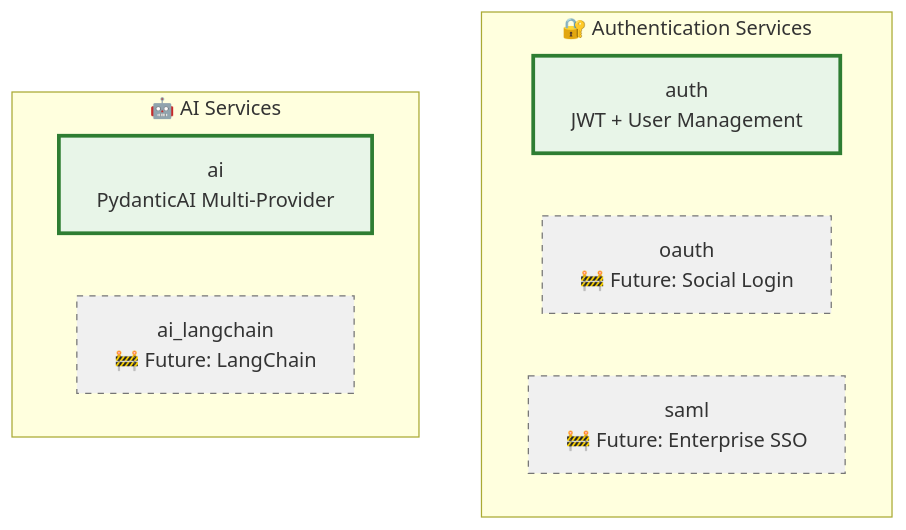
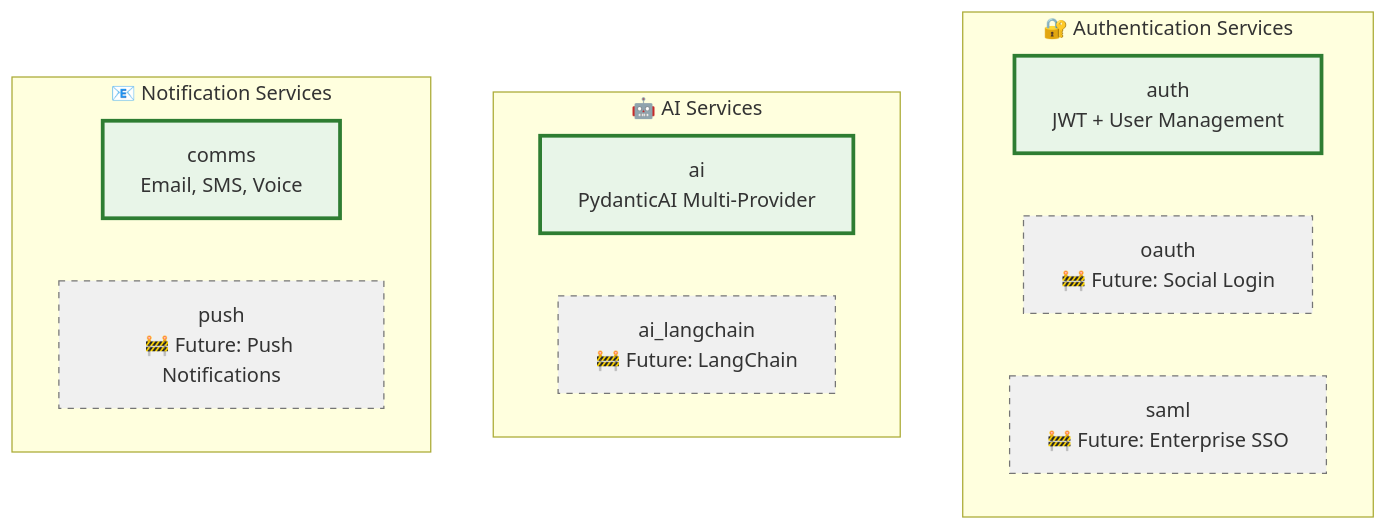
The third of 4 diagrams in docs/services/index.md (bhardwajRahul/aegis-stack), drawn with Mermaid before and after one commit. The commit also changed other lines of this file and 83 other files, not shown here.

Commit message:
Comms Service

````diff
--- a/docs/services/index.md
+++ b/docs/services/index.md
@@ -122,19 +126,26 @@
 ```mermaid
 graph TB
     subgraph "🔐 Authentication Services"
         AuthJWT[auth<br/>JWT + User Management]
         AuthOAuth[oauth<br/>🚧 Future: Social Login]
         AuthSAML[saml<br/>🚧 Future: Enterprise SSO]
     end
 
     subgraph "🤖 AI Services"
         AIPydantic[ai<br/>PydanticAI Multi-Provider]
         AILangChain[ai_langchain<br/>🚧 Future: LangChain]
     end
 
+    subgraph "📧 Notification Services"
+        CommsService[comms<br/>Email, SMS, Voice]
+        Push[push<br/>🚧 Future: Push Notifications]
+    end
+
     style AuthJWT fill:#e8f5e8,stroke:#2e7d32,stroke-width:3px
     style AuthOAuth fill:#f0f0f0,stroke:#757575,stroke-dasharray: 5 5
     style AuthSAML fill:#f0f0f0,stroke:#757575,stroke-dasharray: 5 5
     style AIPydantic fill:#e8f5e8,stroke:#2e7d32,stroke-width:3px
     style AILangChain fill:#f0f0f0,stroke:#757575,stroke-dasharray: 5 5
+    style CommsService fill:#e8f5e8,stroke:#2e7d32,stroke-width:3px
+    style Push fill:#f0f0f0,stroke:#757575,stroke-dasharray: 5 5
 ```
````
